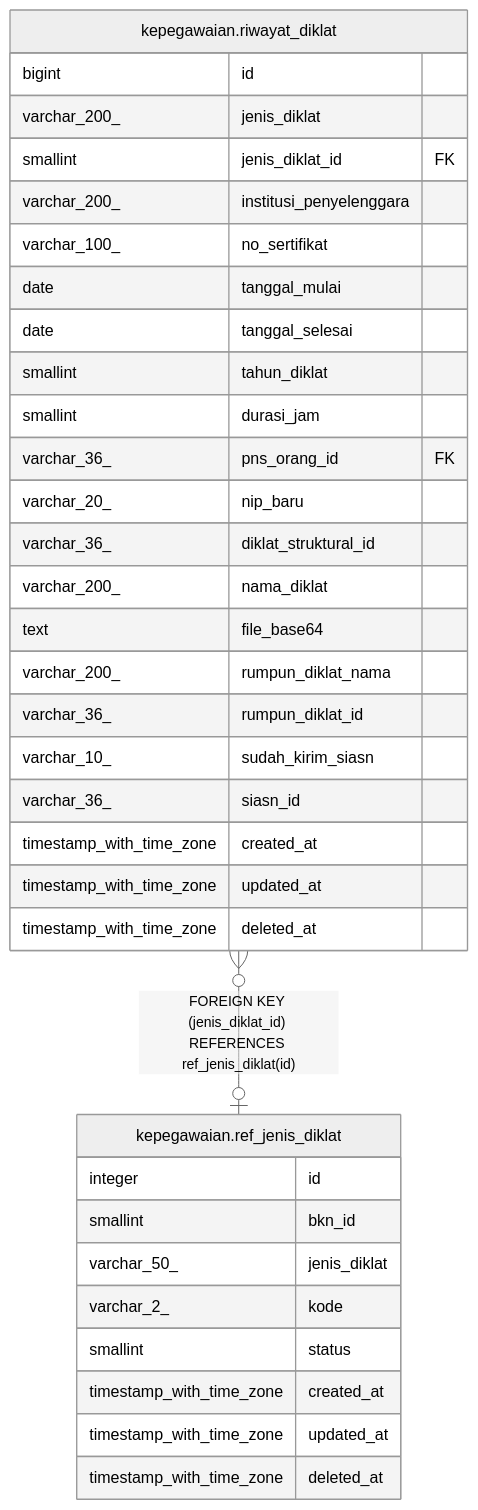
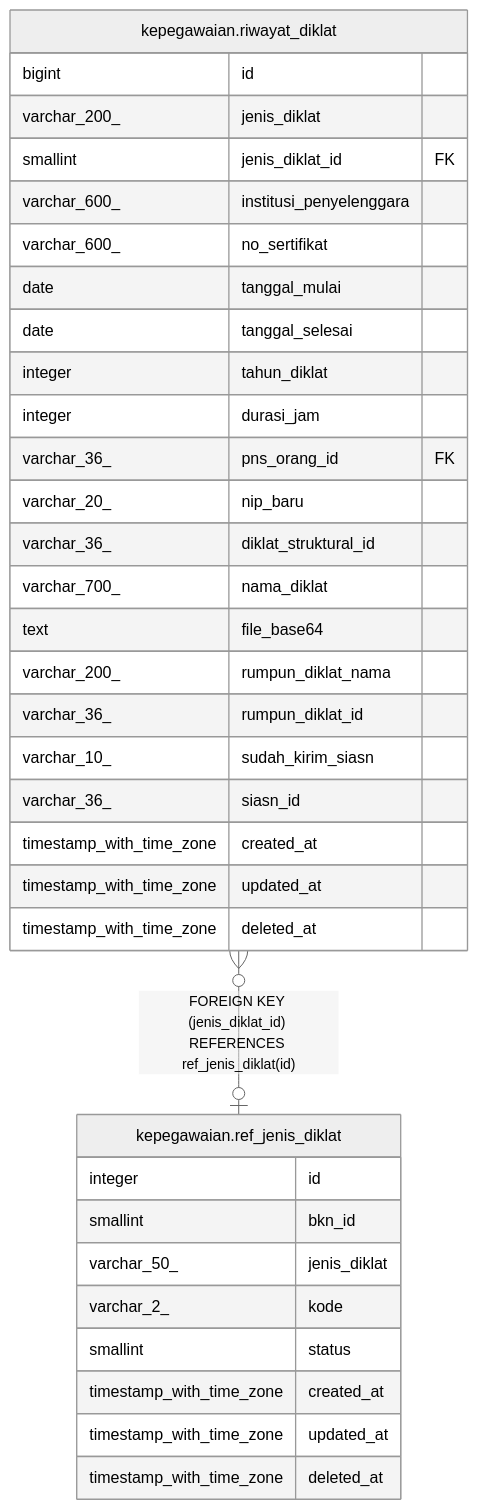
One commit to nandanugg/triforce.nvim changed the diagram in services/kepegawaian/docs/db/kepegawaian.ref_jenis_diklat.md. Above: the diagram before and after it, drawn with Mermaid (neutral theme). The commit also changed 31 other files, not shown here.

````diff
--- a/services/kepegawaian/docs/db/kepegawaian.ref_jenis_diklat.md
+++ b/services/kepegawaian/docs/db/kepegawaian.ref_jenis_diklat.md
@@ -34,39 +34,39 @@
 ```mermaid
 erDiagram
 
 "kepegawaian.riwayat_diklat" }o--o| "kepegawaian.ref_jenis_diklat" : "FOREIGN KEY (jenis_diklat_id) REFERENCES ref_jenis_diklat(id)"
 
 "kepegawaian.ref_jenis_diklat" {
   integer id
   smallint bkn_id
   varchar_50_ jenis_diklat
   varchar_2_ kode
   smallint status
   timestamp_with_time_zone created_at
   timestamp_with_time_zone updated_at
   timestamp_with_time_zone deleted_at
 }
 "kepegawaian.riwayat_diklat" {
   bigint id
   varchar_200_ jenis_diklat
   smallint jenis_diklat_id FK
-  varchar_200_ institusi_penyelenggara
-  varchar_100_ no_sertifikat
+  varchar_600_ institusi_penyelenggara
+  varchar_600_ no_sertifikat
   date tanggal_mulai
   date tanggal_selesai
-  smallint tahun_diklat
-  smallint durasi_jam
+  integer tahun_diklat
+  integer durasi_jam
   varchar_36_ pns_orang_id FK
   varchar_20_ nip_baru
   varchar_36_ diklat_struktural_id
-  varchar_200_ nama_diklat
+  varchar_700_ nama_diklat
   text file_base64
   varchar_200_ rumpun_diklat_nama
   varchar_36_ rumpun_diklat_id
   varchar_10_ sudah_kirim_siasn
   varchar_36_ siasn_id
   timestamp_with_time_zone created_at
   timestamp_with_time_zone updated_at
   timestamp_with_time_zone deleted_at
 }
 ```
````
